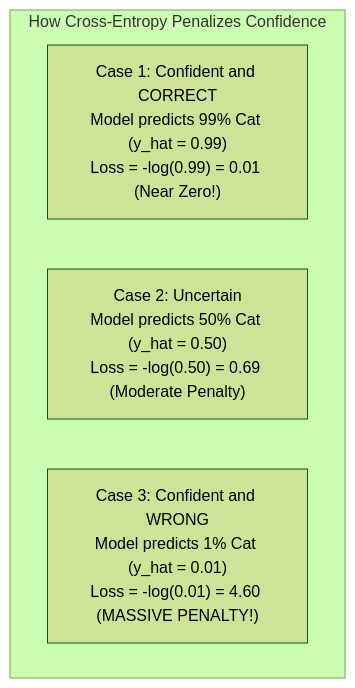
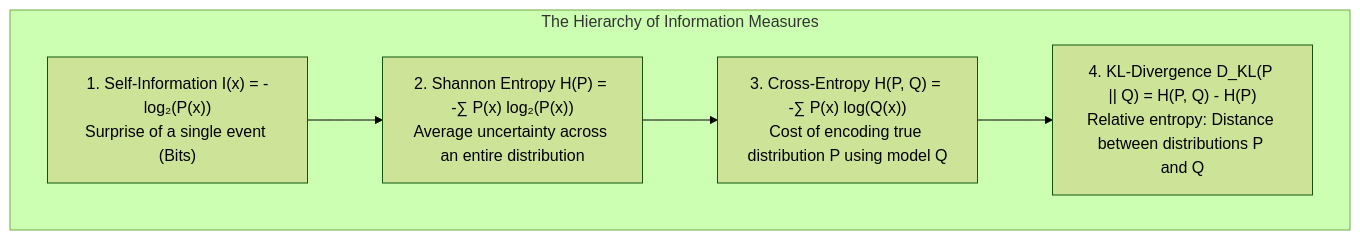
Before and after one commit to jashu-16/cv_engineering: the seventh of 8 diagrams in docs/00-math-foundations/level-03-probability-statistics.md, drawn with Mermaid (forest theme). The commit also changed other lines of this file and 5 other files, not shown here.

````diff
--- a/docs/00-math-foundations/level-03-probability-statistics.md
+++ b/docs/00-math-foundations/level-03-probability-statistics.md
@@ -223,8 +490,11 @@
 ```mermaid
 flowchart TD
-    subgraph CrossEntropyBehavior["How Cross-Entropy Penalizes Confidence"]
-        C1["Case 1: Confident and CORRECT\nModel predicts 99% Cat (y_hat = 0.99)\nLoss = -log(0.99) = 0.01 (Near Zero!)"]
-        C2["Case 2: Uncertain\nModel predicts 50% Cat (y_hat = 0.50)\nLoss = -log(0.50) = 0.69 (Moderate Penalty)"]
-        C3["Case 3: Confident and WRONG\nModel predicts 1% Cat (y_hat = 0.01)\nLoss = -log(0.01) = 4.60 (MASSIVE PENALTY!)"]
+    subgraph InfoTheoryHierarchy["The Hierarchy of Information Measures"]
+        I["1. Self-Information I(x) = -log₂(P(x))\nSurprise of a single event (Bits)"]
+        H["2. Shannon Entropy H(P) = -∑ P(x) log₂(P(x))\nAverage uncertainty across an entire distribution"]
+        CE["3. Cross-Entropy H(P, Q) = -∑ P(x) log(Q(x))\nCost of encoding true distribution P using model Q"]
+        KL["4. KL-Divergence D_KL(P || Q) = H(P, Q) - H(P)\nRelative entropy: Distance between distributions P and Q"]
+        
+        I --> H --> CE --> KL
     end
 ```
````
